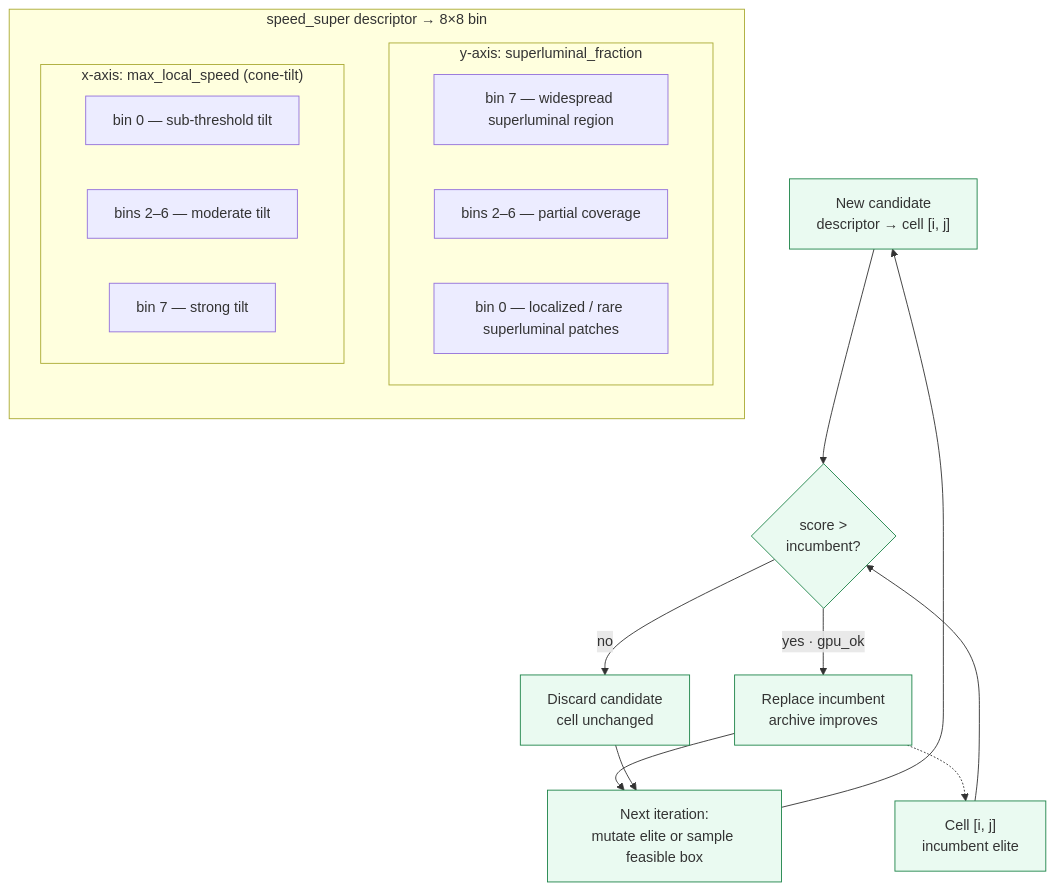
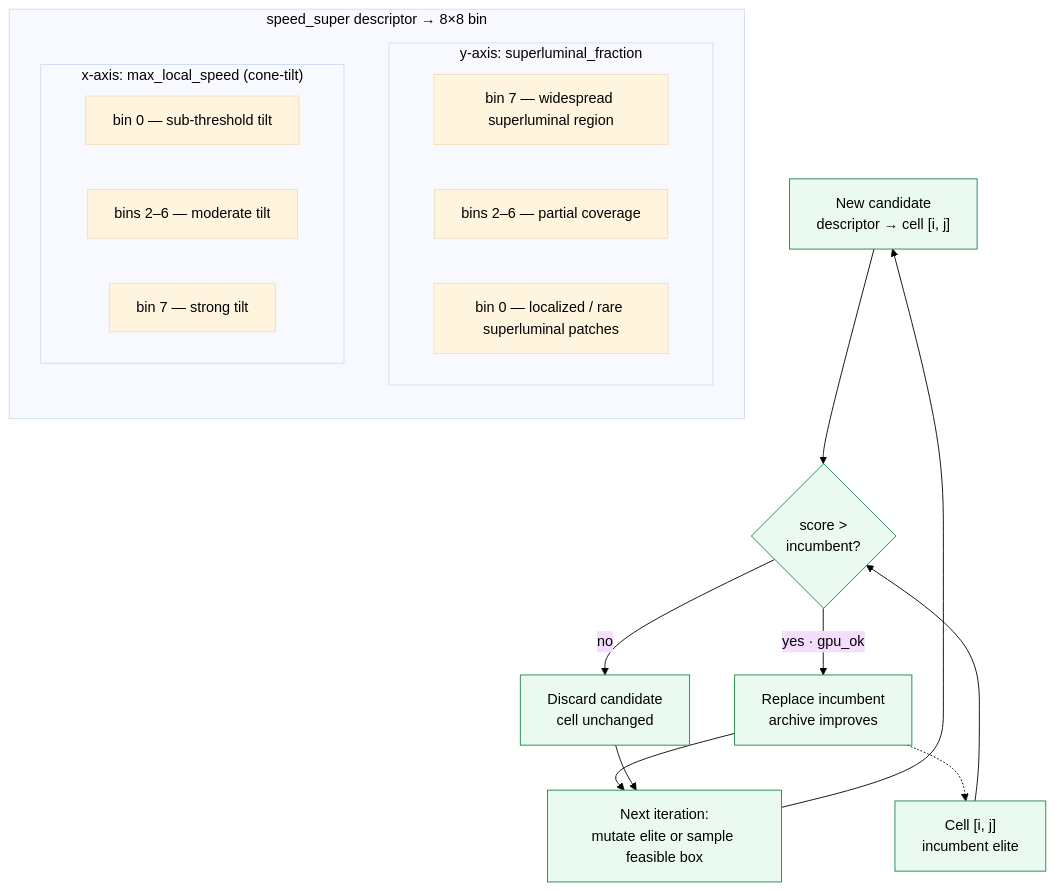
One commit to Nikchik-coder/GRTeclyn changed the fifth of 6 diagrams in research/neuralspacetime/MapElites.md. Above: the diagram before and after it, drawn with Mermaid. The commit also changed other lines of this file, not shown here.

Commit message:
fix: diagrams

````diff
--- a/research/neuralspacetime/MapElites.md
+++ b/research/neuralspacetime/MapElites.md
@@ -243,36 +247,37 @@
 ```mermaid
+%%{init: {'theme':'base', 'themeVariables': {'primaryTextColor':'#000','secondaryTextColor':'#000','tertiaryTextColor':'#000','lineColor':'#000','actorTextColor':'#000','signalTextColor':'#000','noteTextColor':'#000','labelTextColor':'#000'}}}%%
 flowchart TB
     subgraph DESCRIPTOR["speed_super descriptor → 8×8 bin"]
         direction TB
         subgraph YAXIS["y-axis: superluminal_fraction"]
             YH["bin 7 — widespread superluminal region"]
             YM["bins 2–6 — partial coverage"]
             YL["bin 0 — localized / rare superluminal patches"]
         end
         subgraph XAXIS["x-axis: max_local_speed (cone-tilt)"]
             XL["bin 0 — sub-threshold tilt"]
             XM["bins 2–6 — moderate tilt"]
             XH["bin 7 — strong tilt"]
         end
     end
 
     NEW["New candidate<br/>descriptor → cell [i, j]"]
     CELL["Cell [i, j]<br/>incumbent elite"]
     DECIDE{score ><br/>incumbent?}
     REPLACE["Replace incumbent<br/>archive improves"]
     DISCARD["Discard candidate<br/>cell unchanged"]
     MUTATE["Next iteration:<br/>mutate elite or sample feasible box"]
 
     NEW --> DECIDE
     CELL --> DECIDE
     DECIDE -->|yes · gpu_ok| REPLACE
     DECIDE -->|no| DISCARD
     REPLACE --> MUTATE
     DISCARD --> MUTATE
     MUTATE --> NEW
     REPLACE -.-> CELL
 
-    classDef grid fill:#ebf5fb,stroke:#2874a6
-    classDef action fill:#eafaf1,stroke:#1e8449
+    classDef grid fill:#ebf5fb,stroke:#2874a6,color:#000
+    classDef action fill:#eafaf1,stroke:#1e8449,color:#000
     class NEW,CELL,DECIDE,REPLACE,DISCARD,MUTATE action
 ```
````
